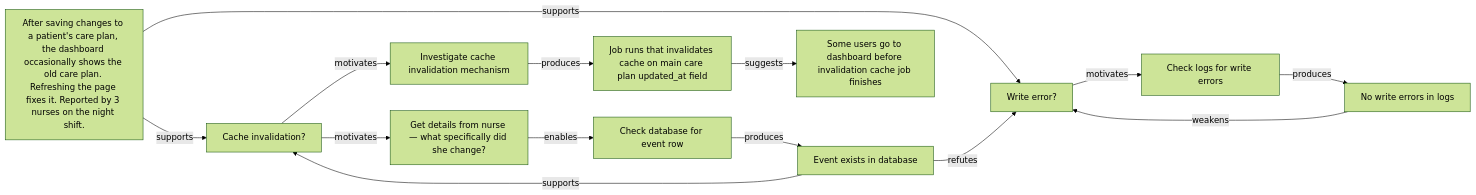
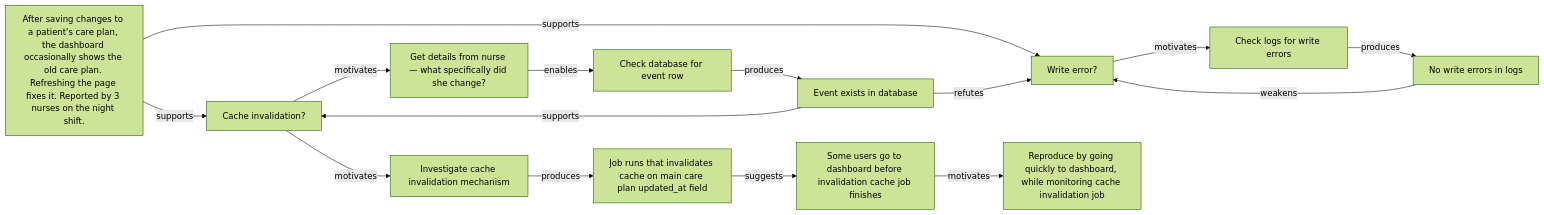
The diagram in diagrams/bug.mmd (kahunacohen/why), drawn with Mermaid (forest theme) before and after one commit.

```diff
--- a/diagrams/bug.mmd
+++ b/diagrams/bug.mmd
@@ -1,73 +1,77 @@
 flowchart LR
 %% Bug report:
 %% After saving changes to a patient's care plan, the dashboard occasionally
 %% shows the old care plan. Refreshing the page a few seconds later shows the
 %% updated care plan. Reported by 3 nurses on the night shift.
 
 %% Root cause:
 %% Saving the care plan triggers an asynchronous cache invalidation/update
 %% process. The save request returns before the invalidation completes, creating
 %% a race condition between the dashboard reading cached data and the cache being
 %% refreshed. If the dashboard reloads before invalidation finishes, it displays
 %% stale data. A later refresh succeeds because the cache has since been updated.
 
 %% =====================================================
 %% Initial complaint
 %% =====================================================
 
 B1["After saving changes to a patient's care plan, the dashboard occasionally shows the old care plan. Refreshing the page fixes it. Reported by 3 nurses on the night shift."]
 
 %% =====================================================
 %% Initial hypotheses
 %% =====================================================
 
 H1["Write error?"]
 H2["Cache invalidation?"]
 
 B1 -->|supports| H1
 B1 -->|supports| H2
 
 %% =====================================================
 %% Investigating H1 — write error
 %% =====================================================
 
 A1["Check logs for write errors"]
 H1 -->|motivates| A1
 
 O1["No write errors in logs"]
 A1 -->|produces| O1
 
 O1 -->|weakens| H1
 
 %% =====================================================
 %% Investigating H2 — cache invalidation
 %% =====================================================
 
 A2["Get details from nurse — what specifically did she change?"]
 H2 -->|motivates| A2
 
 A3["Check database for event row"]
 A2 -->|enables| A3
 
 O2["Event exists in database"]
 A3 -->|produces| O2
 
 %% =====================================================
 %% Evidence updates hypotheses
 %% =====================================================
 
 O2 -->|refutes| H1
 O2 -->|supports| H2
 
 %% =====================================================
 %% Investigating cache invalidation mechanism
 %% =====================================================
 
 A4["Investigate cache invalidation mechanism"]
 H2 -->|motivates| A4
 
 O3["Job runs that invalidates cache on main care plan updated_at field"]
 A4 -->|produces| O3
 
 H3["Some users go to dashboard before invalidation cache job finishes"]
 O3 --> |suggests| H3
+
+H3 --> |motivates| A5
+
+A5["Reproduce by going quickly to dashboard, while monitoring cache invalidation job"]
```
